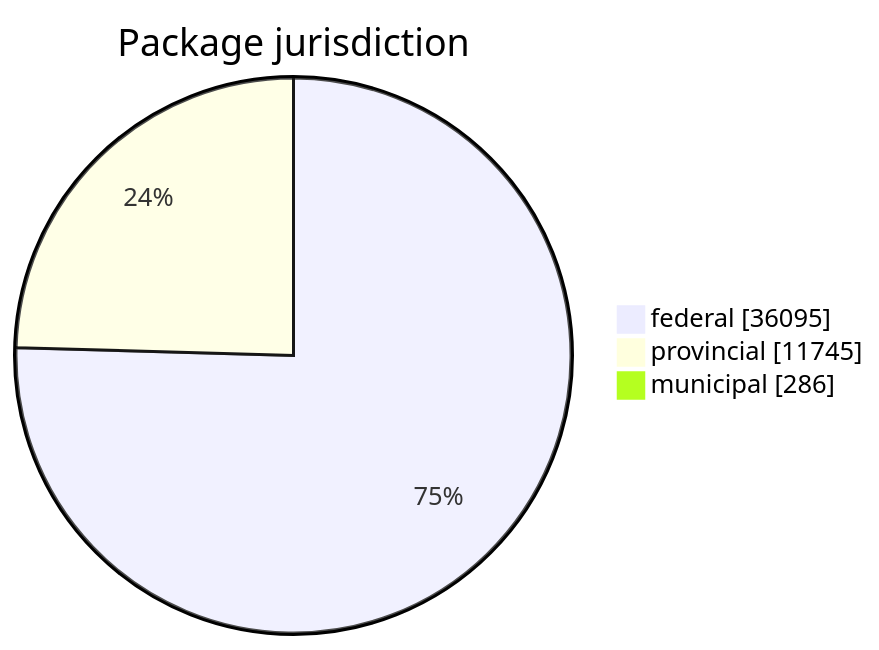
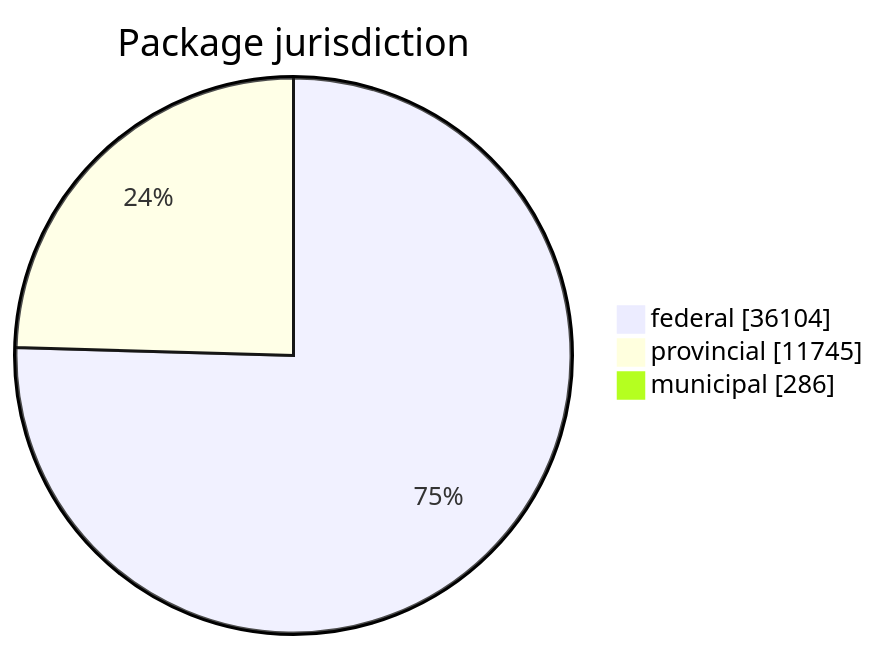
Before and after one commit to open-data/analytics-corporate-reporting: the first of 5 diagrams in FreshCheck/README.md, drawn with Mermaid. The commit also changed other lines of this file and 3 other files, not shown here.

````diff
--- a/FreshCheck/README.md
+++ b/FreshCheck/README.md
@@ -60,6 +60,6 @@
 ```mermaid
 pie showData title Package jurisdiction
-    "federal": 36095
+    "federal": 36104
     "provincial": 11745
     "municipal": 286
 ```
````
